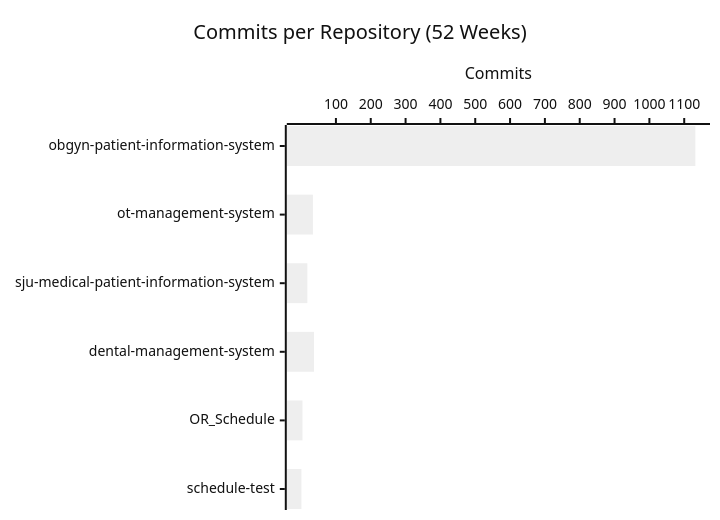
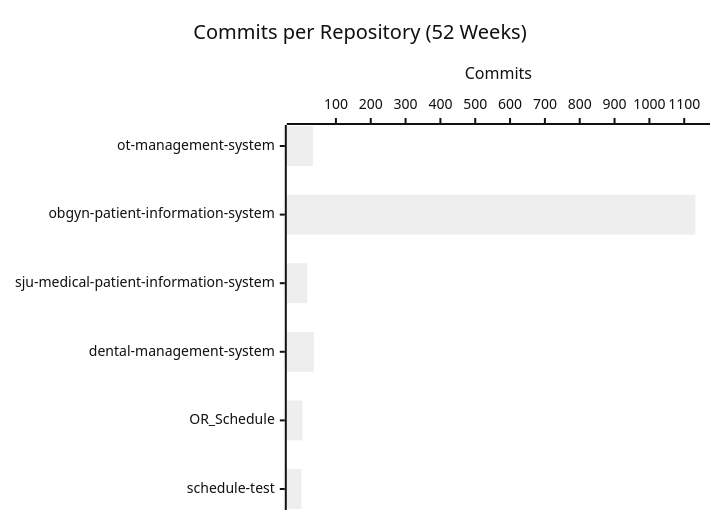
Before and after one commit to CSTH-Projects/.github: the second of 4 diagrams in profile/README.md, drawn with Mermaid (neutral theme). The commit also changed other lines of this file, not shown here.

````diff
--- a/profile/README.md
+++ b/profile/README.md
@@ -24,7 +24,7 @@
 ```mermaid
 xychart-beta horizontal
     title "Commits per Repository (52 Weeks)"
-    x-axis ["obgyn-patient-information-system", "ot-management-system", "sju-medical-patient-information-system", "dental-management-system", "OR_Schedule", "schedule-test"]
+    x-axis ["ot-management-system", "obgyn-patient-information-system", "sju-medical-patient-information-system", "dental-management-system", "OR_Schedule", "schedule-test"]
     y-axis "Commits"
-    bar [1132, 34, 18, 37, 4, 1]
+    bar [34, 1132, 18, 37, 4, 1]
 ```
````
